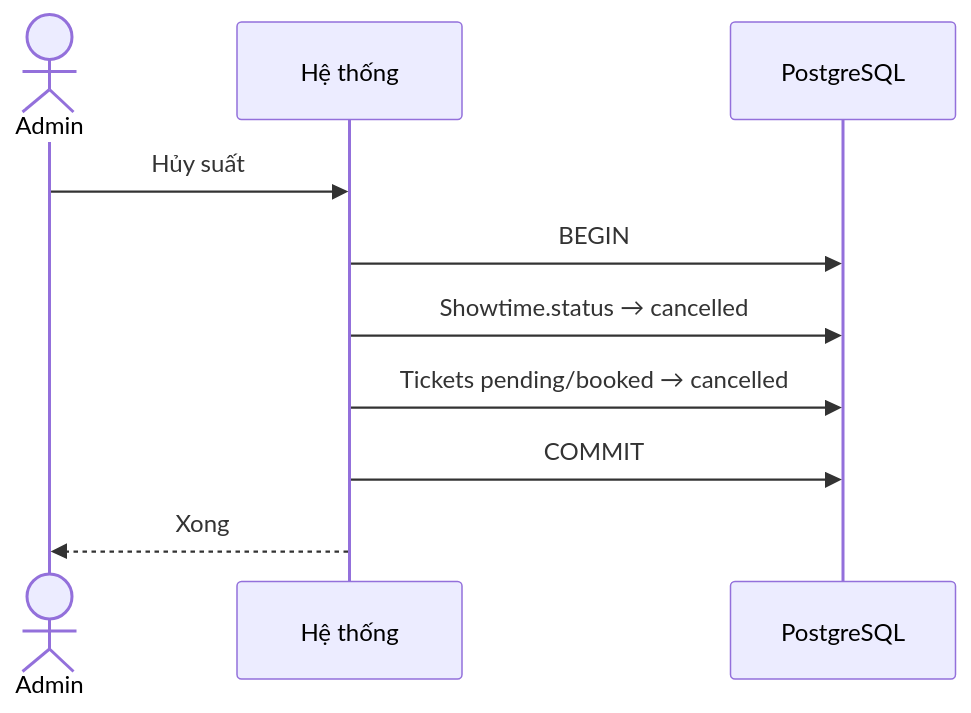
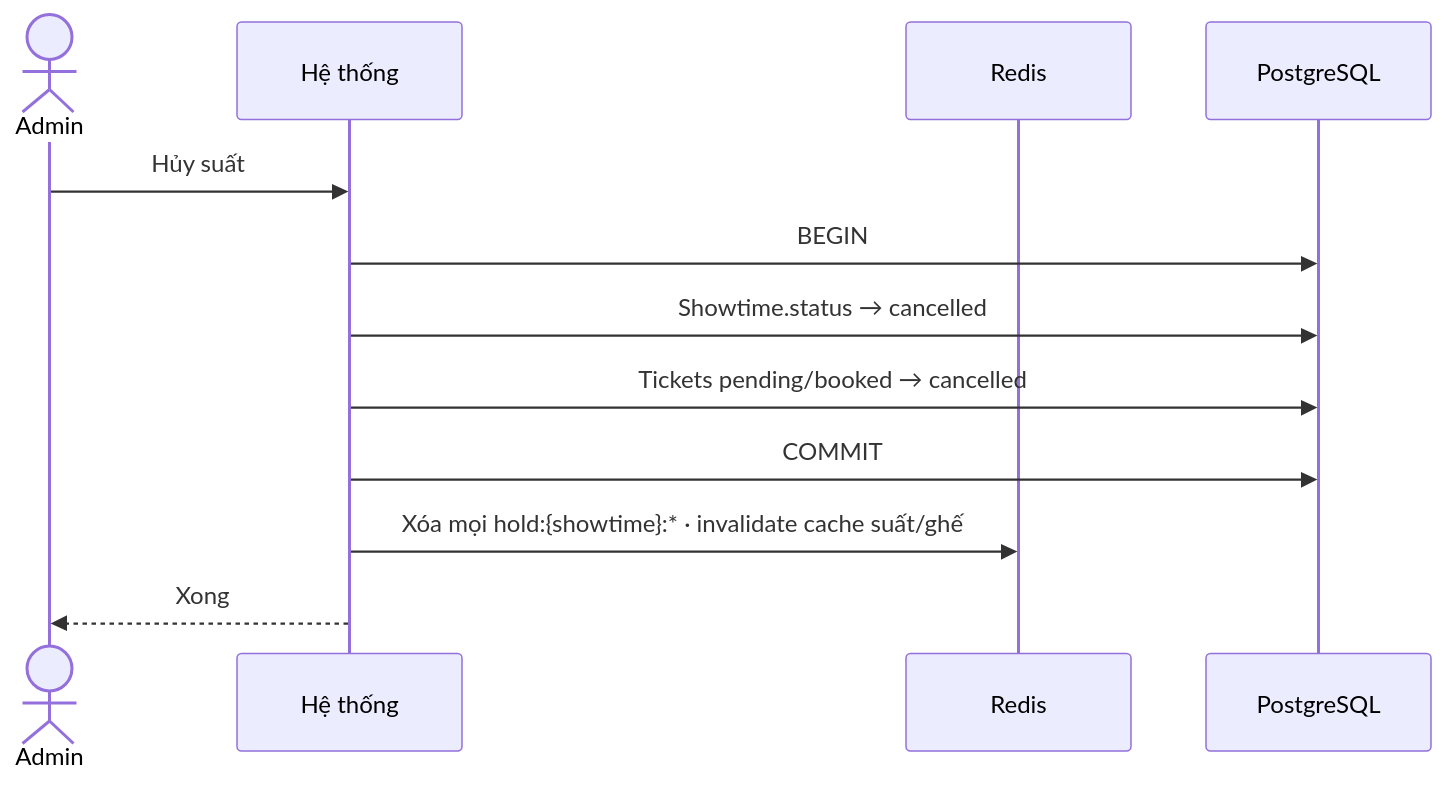
Before and after one commit to Hoangvu2911/SBU5_learnPython: the seventh of 11 diagrams in myproject/SPEC.md, drawn with Mermaid. The commit also changed other lines of this file, not shown here.

Commit message:
update redis for hold seat specs

````diff
--- a/myproject/SPEC.md
+++ b/myproject/SPEC.md
@@ -360,13 +407,15 @@
 ```mermaid
 sequenceDiagram
   actor A as Admin
   participant S as Hệ thống
+  participant R as Redis
   participant DB as PostgreSQL
 
   A->>S: Hủy suất
   S->>DB: BEGIN
   S->>DB: Showtime.status → cancelled
   S->>DB: Tickets pending/booked → cancelled
   S->>DB: COMMIT
+  S->>R: Xóa mọi hold:{showtime}:* · invalidate cache suất/ghế
   S-->>A: Xong
 ```
````
